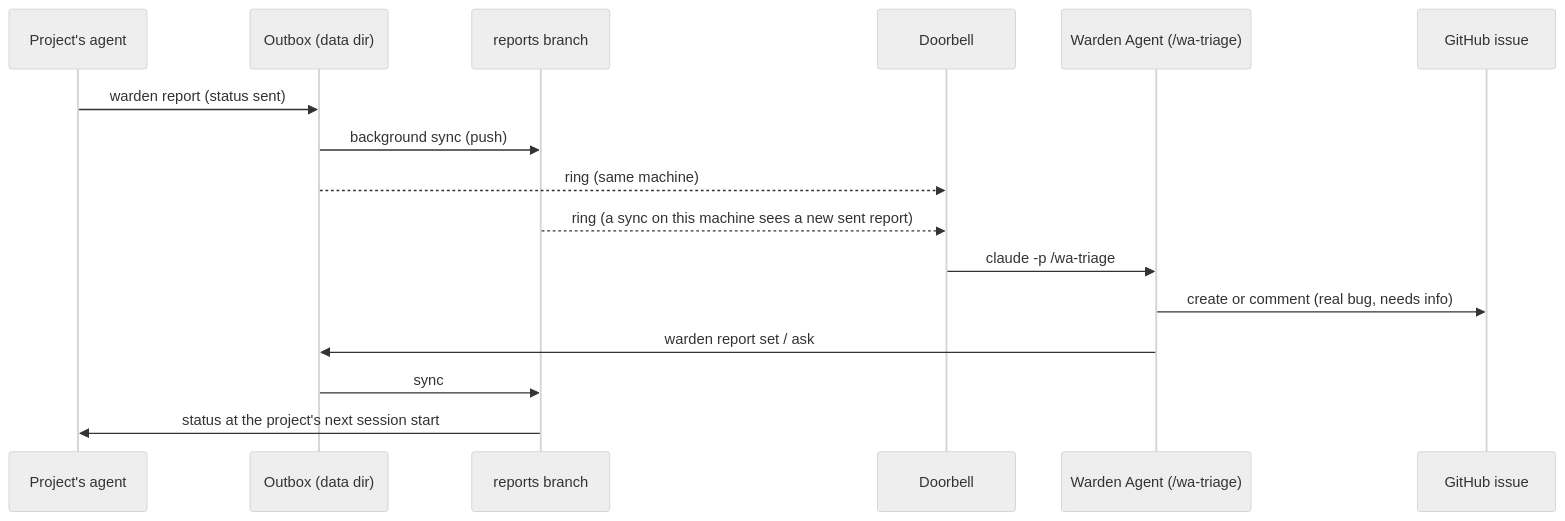
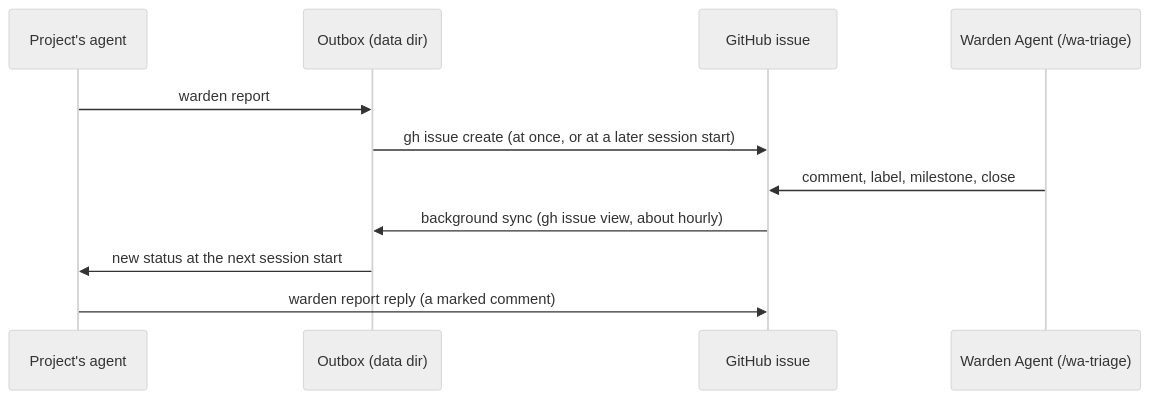
Before and after one commit to thucxuong/warden: the diagram in docs/maintainers/triage.md, drawn with Mermaid (neutral theme). The commit also changed other lines of this file and 45 other files, not shown here.

First line of the commit message:
reports: warden report opens a GitHub issue itself; the doorbell and the reports branch are gone

````diff
--- a/docs/maintainers/triage.md
+++ b/docs/maintainers/triage.md
@@ -7,18 +7,13 @@
 ```mermaid
 sequenceDiagram
     participant P as Project's agent
     participant O as Outbox (data dir)
-    participant B as reports branch
-    participant D as Doorbell
+    participant G as GitHub issue
     participant W as Warden Agent (/wa-triage)
-    participant G as GitHub issue
-    P->>O: warden report (status sent)
-    O->>B: background sync (push)
-    O-->>D: ring (same machine)
-    B-->>D: ring (a sync on this machine sees a new sent report)
-    D->>W: claude -p /wa-triage
-    W->>G: create or comment (real bug, needs info)
-    W->>O: warden report set / ask
-    O->>B: sync
-    B->>P: status at the project's next session start
+    P->>O: warden report
+    O->>G: gh issue create (at once, or at a later session start)
+    W->>G: comment, label, milestone, close
+    G->>O: background sync (gh issue view, about hourly)
+    O->>P: new status at the next session start
+    P->>G: warden report reply (a marked comment)
 ```
````
